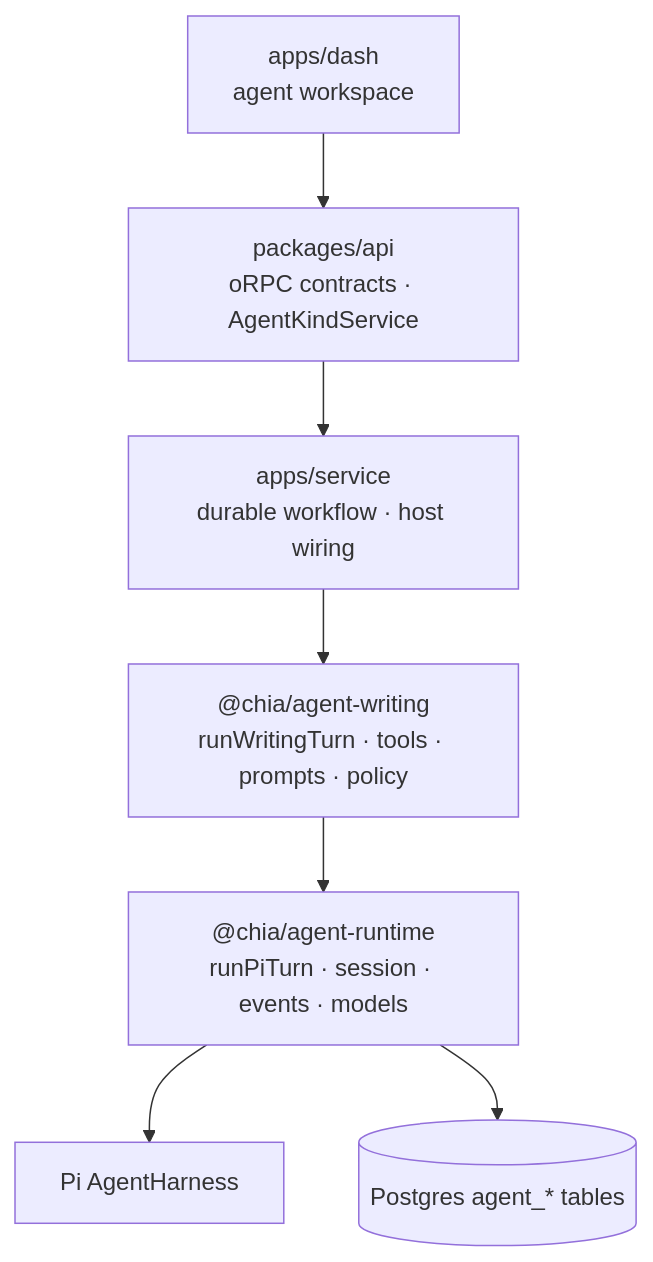
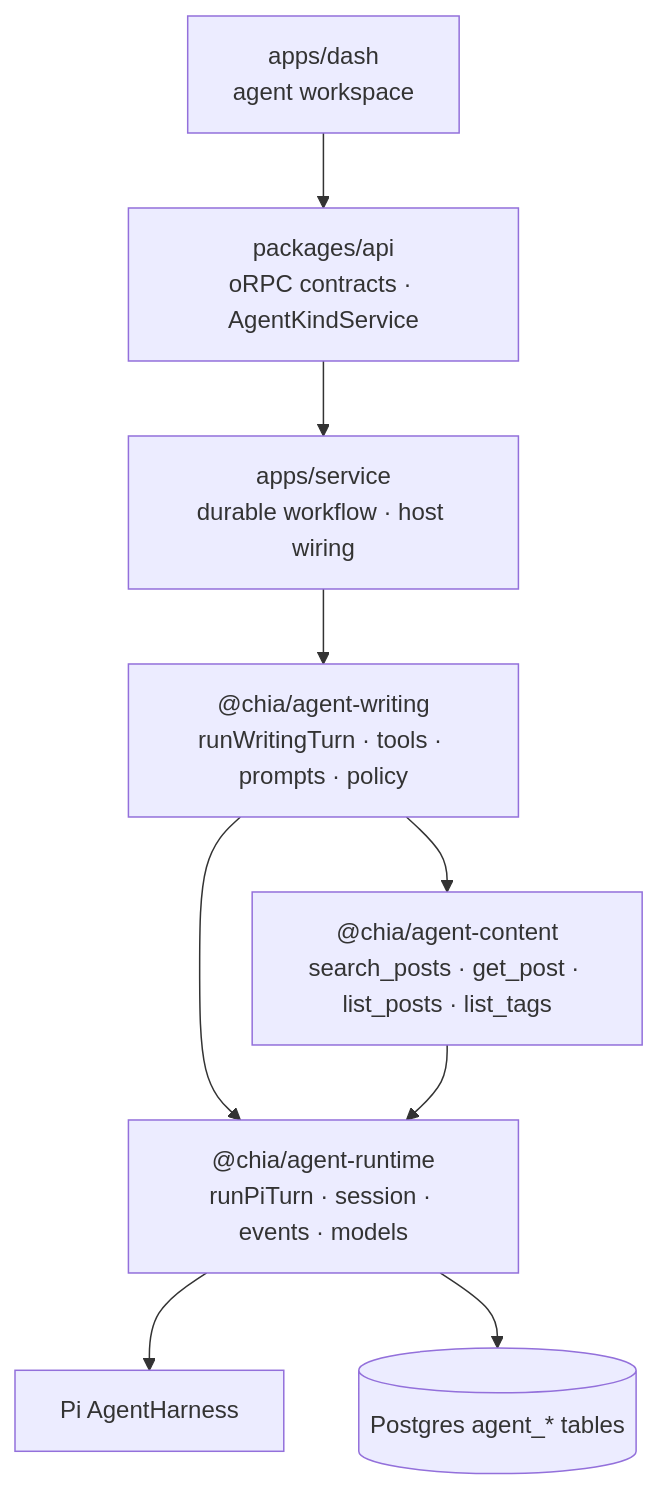
Before and after one commit to Chia1104/chia1104.dev: the first of 3 diagrams in docs/agent-architecture.md, drawn with Mermaid. The commit also changed other lines of this file and 35 other files, not shown here.

First line of the commit message:
refactor(agent): split shared content read tools into @chia/agent-content

````diff
--- a/docs/agent-architecture.md
+++ b/docs/agent-architecture.md
@@ -21,9 +22,11 @@
 ```mermaid
 flowchart TB
     dash["apps/dash<br/>agent workspace"] --> api["packages/api<br/>oRPC contracts · AgentKindService"]
     api --> service["apps/service<br/>durable workflow · host wiring"]
     service --> writing["@chia/agent-writing<br/>runWritingTurn · tools · prompts · policy"]
+    writing --> content["@chia/agent-content<br/>search_posts · get_post · list_posts · list_tags"]
     writing --> runtime["@chia/agent-runtime<br/>runPiTurn · session · events · models"]
+    content --> runtime
     runtime --> pi["Pi AgentHarness"]
     runtime --> pg[("Postgres agent_* tables")]
 ```
````
